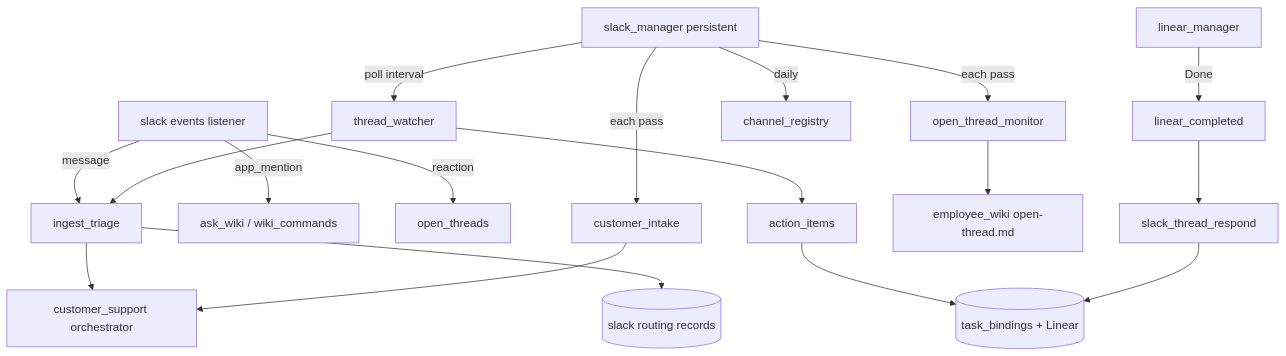
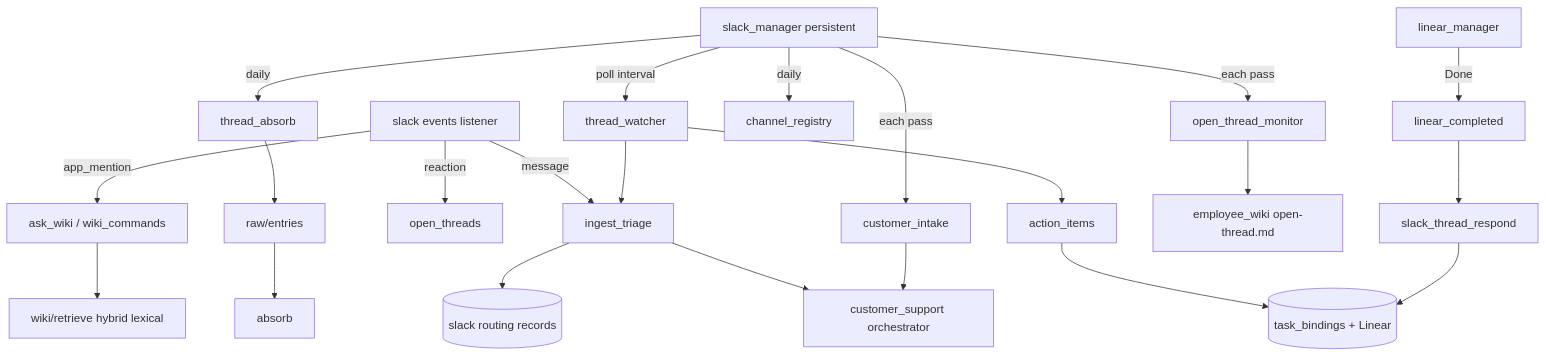
One commit to NickyHeC/4r7a changed the fourth of 5 diagrams in docs/agents/operations.md. Above: the diagram before and after it, drawn with Mermaid. The commit also changed other lines of this file and 18 other files, not shown here.

First line of the commit message:
Add hybrid lexical wiki retrieve and Slack thread distill.

````diff
--- a/docs/agents/operations.md
+++ b/docs/agents/operations.md
@@ -562,20 +562,24 @@
 ```mermaid
 flowchart TD
   EV[slack events listener] -->|message| TRI[ingest_triage]
   EV -->|app_mention| AW[ask_wiki / wiki_commands]
   EV -->|reaction| OT[open_threads]
   SM[slack_manager persistent] -->|poll interval| TW[thread_watcher]
   SM -->|each pass| OTM[open_thread_monitor]
   SM -->|each pass| CI[customer_intake]
   SM -->|daily| CR[channel_registry]
+  SM -->|daily| TA[thread_absorb]
   TW --> TRI
   TW --> AI[action_items]
   TRI --> CS[customer_support orchestrator]
   CI --> CS
   TRI --> RR[(slack routing records)]
+  TA --> RAW[raw/entries]
+  RAW --> ABS[absorb]
   OTM --> EW[employee_wiki open-thread.md]
   AI --> TB[(task_bindings + Linear)]
   LM[linear_manager] -->|Done| LC[linear_completed]
   LC --> STR[slack_thread_respond]
   STR --> TB
+  AW --> RET[wiki/retrieve hybrid lexical]
 ```
````
